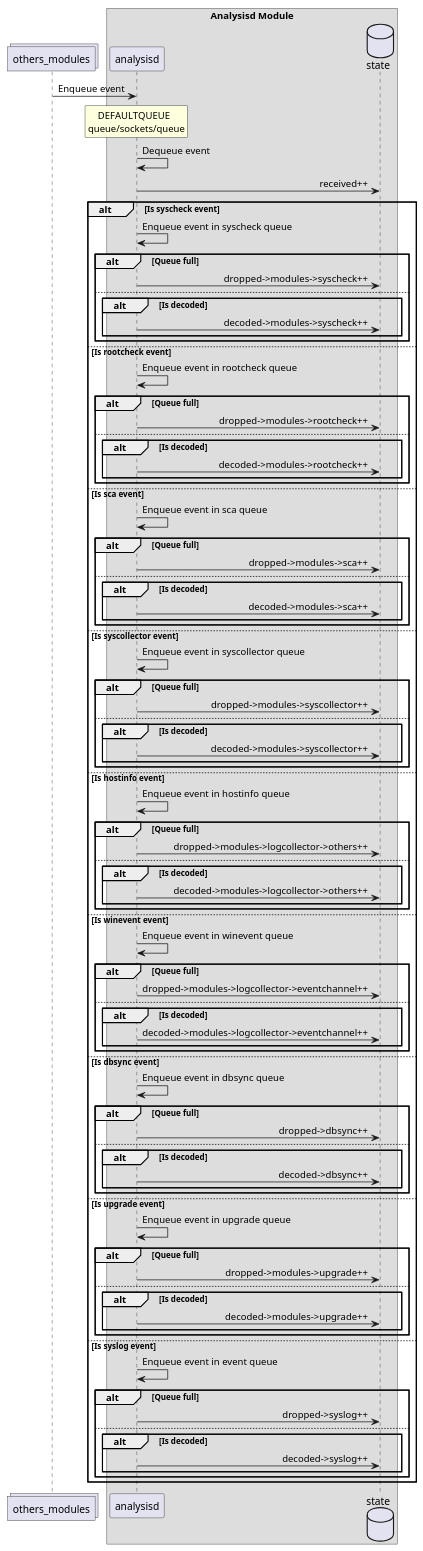
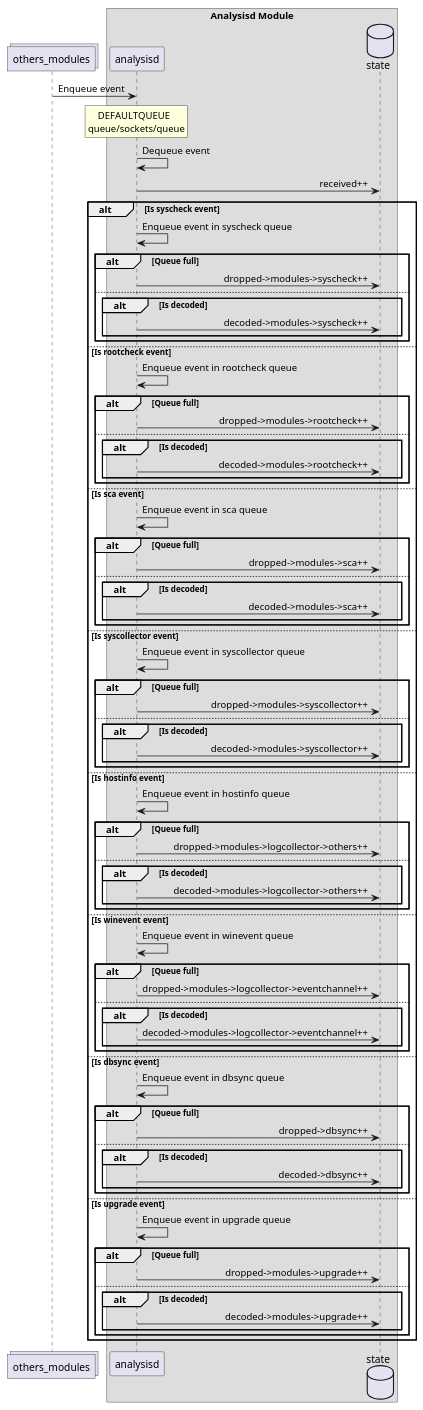
The diagram in architecture/metrics/003-analysisd-received.puml (wazuh/wazuh), drawn with PlantUML before and after one commit. The commit also changed 91 other files, not shown here.

```diff
--- a/architecture/metrics/003-analysisd-received.puml
+++ b/architecture/metrics/003-analysisd-received.puml
@@ -5,101 +5,92 @@
 @startuml analysisd
 
     collections others_modules
     box "Analysisd Module"
     participant analysisd
     database state
     end box
     skinparam sequenceMessageAlign right
 
     others_modules -> analysisd : Enqueue event
     rnote over analysisd
             DEFAULTQUEUE
         queue/sockets/queue
     endrnote
     analysisd -> analysisd: Dequeue event
     analysisd -> state: received++
 
     alt Is syscheck event
         analysisd -> analysisd: Enqueue event in syscheck queue
         alt Queue full
             analysisd -> state: dropped->modules->syscheck++
         else
             alt Is decoded
                 analysisd -> state: decoded->modules->syscheck++
             end
         end
     else Is rootcheck event
         analysisd -> analysisd: Enqueue event in rootcheck queue
         alt Queue full
             analysisd -> state: dropped->modules->rootcheck++
         else
             alt Is decoded
                 analysisd -> state: decoded->modules->rootcheck++
             end
         end
     else Is sca event
         analysisd -> analysisd: Enqueue event in sca queue
         alt Queue full
             analysisd -> state: dropped->modules->sca++
         else
             alt Is decoded
                 analysisd -> state: decoded->modules->sca++
             end
         end
     else Is syscollector event
         analysisd -> analysisd: Enqueue event in syscollector queue
         alt Queue full
             analysisd -> state: dropped->modules->syscollector++
         else
             alt Is decoded
                 analysisd -> state: decoded->modules->syscollector++
             end
         end
     else Is hostinfo event
         analysisd -> analysisd: Enqueue event in hostinfo queue
         alt Queue full
             analysisd -> state: dropped->modules->logcollector->others++
         else
             alt Is decoded
                 analysisd -> state: decoded->modules->logcollector->others++
             end
         end
     else Is winevent event
         analysisd -> analysisd: Enqueue event in winevent queue
         alt Queue full
             analysisd -> state: dropped->modules->logcollector->eventchannel++
         else
             alt Is decoded
                 analysisd -> state: decoded->modules->logcollector->eventchannel++
             end
         end
     else Is dbsync event
         analysisd -> analysisd: Enqueue event in dbsync queue
         alt Queue full
             analysisd -> state: dropped->dbsync++
         else
             alt Is decoded
                 analysisd -> state: decoded->dbsync++
             end
         end
     else Is upgrade event
         analysisd -> analysisd: Enqueue event in upgrade queue
         alt Queue full
             analysisd -> state: dropped->modules->upgrade++
         else
             alt Is decoded
                 analysisd -> state: decoded->modules->upgrade++
             end
         end
-    else Is syslog event
-        analysisd -> analysisd: Enqueue event in event queue
-        alt Queue full
-            analysisd -> state: dropped->syslog++
-        else
-            alt Is decoded
-                analysisd -> state: decoded->syslog++
-            end
-        end
     end
 
 @enduml
```
